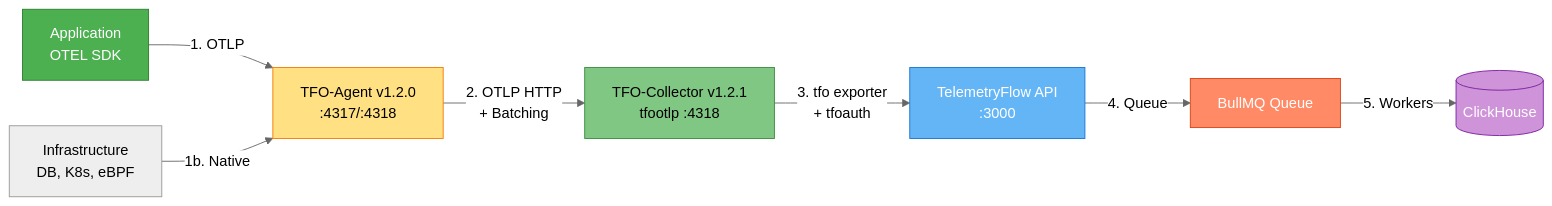
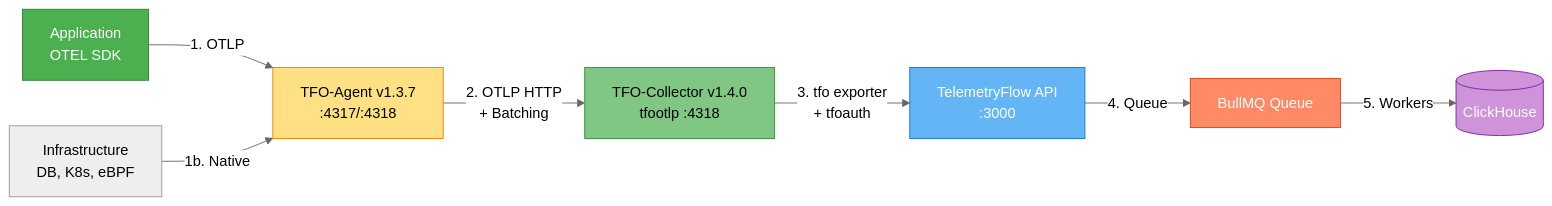
The first of 4 diagrams in tfo-otel/INGESTION-FLOW.md (telemetryflow/telemetryflow-overview), drawn with Mermaid (neutral theme) before and after one commit. The commit also changed other lines of this file and 11 other files, not shown here.

First line of the commit message:
docs: update component versions to latest (agent/collector/platform/OTel)

````diff
--- a/tfo-otel/INGESTION-FLOW.md
+++ b/tfo-otel/INGESTION-FLOW.md
@@ -30,16 +30,16 @@
 ```mermaid
 graph LR
-    APP[Application<br/>OTEL SDK] -->|1. OTLP| AGENT[TFO-Agent v1.2.0<br/>:4317/:4318]
+    APP[Application<br/>OTEL SDK] -->|1. OTLP| AGENT[TFO-Agent v1.3.7<br/>:4317/:4318]
     INFRA[Infrastructure<br/>DB, K8s, eBPF] -->|1b. Native| AGENT
-    AGENT -->|2. OTLP HTTP<br/>+ Batching| COLLECTOR[TFO-Collector v1.2.1<br/>tfootlp :4318]
+    AGENT -->|2. OTLP HTTP<br/>+ Batching| COLLECTOR[TFO-Collector v1.4.0<br/>tfootlp :4318]
     COLLECTOR -->|3. tfo exporter<br/>+ tfoauth| API[TelemetryFlow API<br/>:3000]
     API -->|4. Queue| QUEUE[BullMQ Queue]
     QUEUE -->|5. Workers| CH[(ClickHouse)]
 
     style APP fill:#4CAF50,stroke:#2E7D32,color:#fff
     style AGENT fill:#FFE082,stroke:#F57C00,color:#000
     style COLLECTOR fill:#81C784,stroke:#388E3C,color:#000
     style API fill:#64B5F6,stroke:#1976D2,color:#fff
     style QUEUE fill:#FF8A65,stroke:#D84315,color:#fff
     style CH fill:#CE93D8,stroke:#7B1FA2,color:#fff
 ```
````
